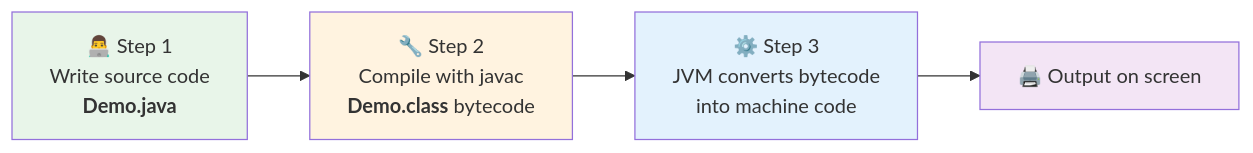
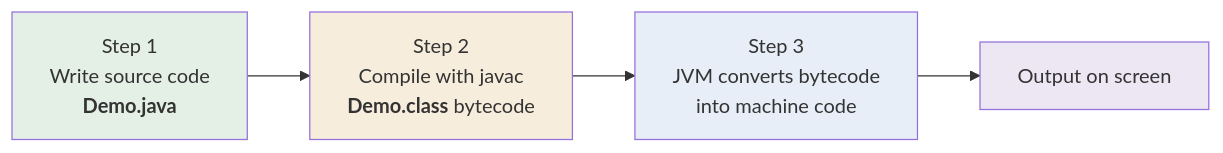
The diagram in src/Theory/01-Java-Introduction-and-Setup/04-Program-Execution-Flow.md (kundankumarsharma56/Leaning-Java), drawn with Mermaid before and after one commit. The commit also changed other lines of this file and 84 other files, not shown here.

````diff
--- a/src/Theory/01-Java-Introduction-and-Setup/04-Program-Execution-Flow.md
+++ b/src/Theory/01-Java-Introduction-and-Setup/04-Program-Execution-Flow.md
@@ -21,10 +21,10 @@
 ```mermaid
 flowchart LR
-    A["👨‍💻 Step 1<br/>Write source code<br/><b>Demo.java</b>"] --> B["🔧 Step 2<br/>Compile with javac<br/><b>Demo.class</b> bytecode"]
-    B --> C["⚙️ Step 3<br/>JVM converts bytecode<br/>into machine code"]
-    C --> D["🖨️ Output on screen"]
-    style A fill:#e8f5e9
-    style B fill:#fff3e0
-    style C fill:#e3f2fd
-    style D fill:#f3e5f5
+    A["Step 1<br/>Write source code<br/><b>Demo.java</b>"] --> B["Step 2<br/>Compile with javac<br/><b>Demo.class</b> bytecode"]
+    B --> C["Step 3<br/>JVM converts bytecode<br/>into machine code"]
+    C --> D["Output on screen"]
+    style A fill:#e4efe6
+    style B fill:#f7eddd
+    style C fill:#e7eef7
+    style D fill:#ede7f4
 ```
````
